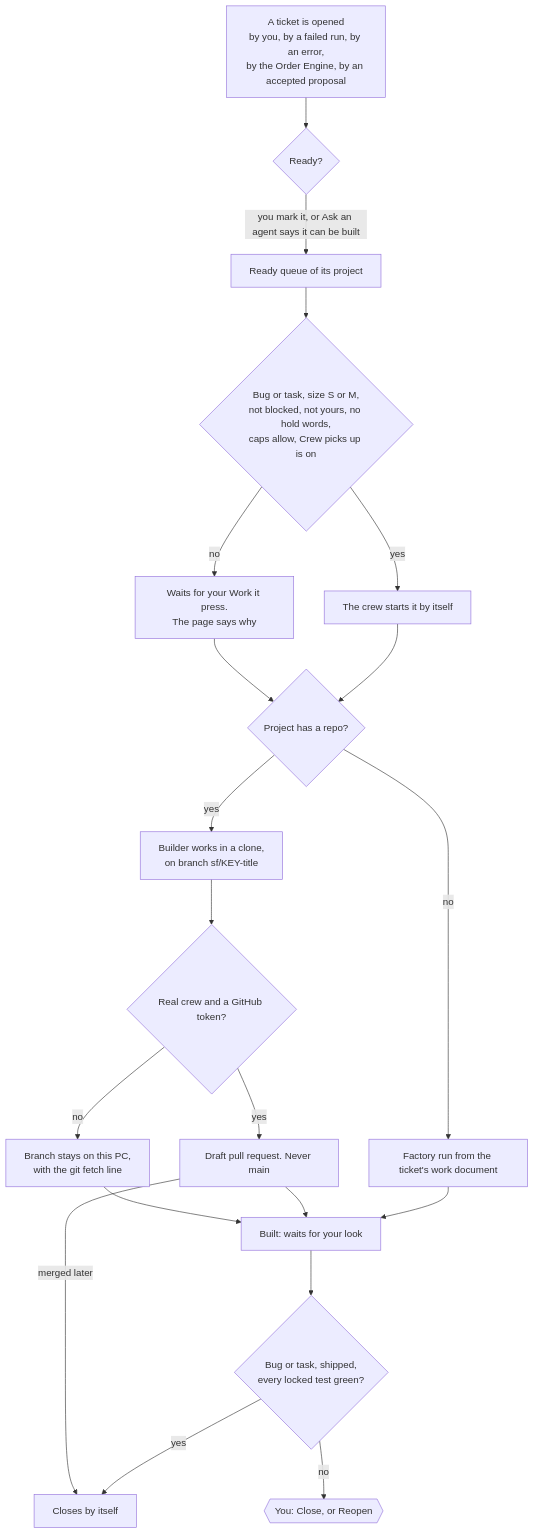
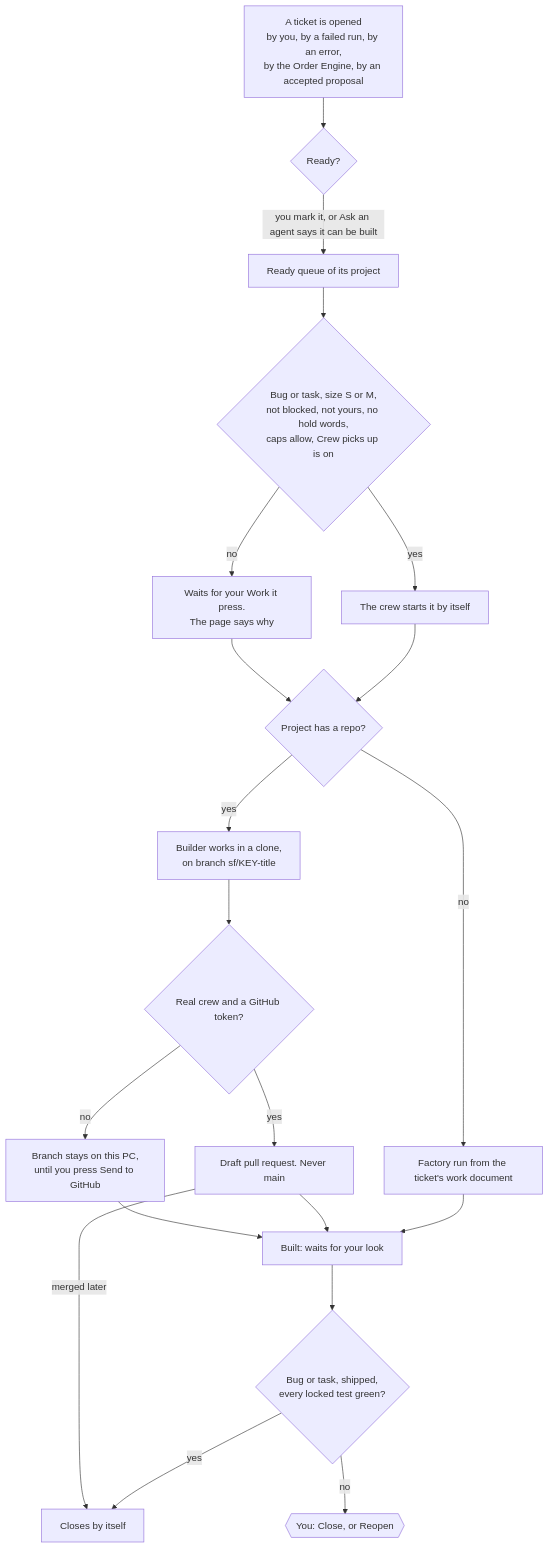
One commit to PlonterAsi/SoftwareFactory changed the fifth of 11 diagrams in docs/flows.md. Above: the diagram before and after it, drawn with Mermaid. The commit also changed 12 other files, not shown here.

First line of the commit message:
Tickets: one press sends a finished branch to GitHub or into your folder

````diff
--- a/docs/flows.md
+++ b/docs/flows.md
@@ -134,22 +134,22 @@
 ```mermaid
 flowchart TD
   open["A ticket is opened<br/>by you, by a failed run, by an error,<br/>by the Order Engine, by an accepted proposal"] --> ready{"Ready?"}
   ready -->|"you mark it, or Ask an agent says it can be built"| queue["Ready queue of its project"]
   queue --> rule{"Bug or task, size S or M,<br/>not blocked, not yours, no hold words,<br/>caps allow, Crew picks up is on"}
   rule -->|"yes"| auto["The crew starts it by itself"]
   rule -->|"no"| press["Waits for your Work it press.<br/>The page says why"]
   auto --> where{"Project has a repo?"}
   press --> where
   where -->|"no"| run["Factory run from the ticket's work document"]
   where -->|"yes"| clone["Builder works in a clone,<br/>on branch sf/KEY-title"]
   clone --> pr{"Real crew and a GitHub token?"}
   pr -->|"yes"| draft["Draft pull request. Never main"]
-  pr -->|"no"| local["Branch stays on this PC,<br/>with the git fetch line"]
+  pr -->|"no"| local["Branch stays on this PC,<br/>until you press Send to GitHub"]
   run --> built["Built: waits for your look"]
   draft --> built
   local --> built
   built --> close{"Bug or task, shipped,<br/>every locked test green?"}
   close -->|"yes"| closed["Closes by itself"]
   close -->|"no"| look{{"You: Close, or Reopen"}}
   draft -->|"merged later"| closed
 ```
````
